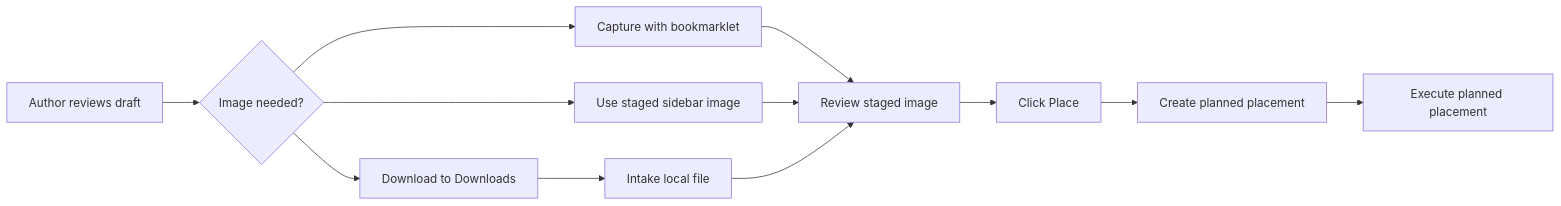
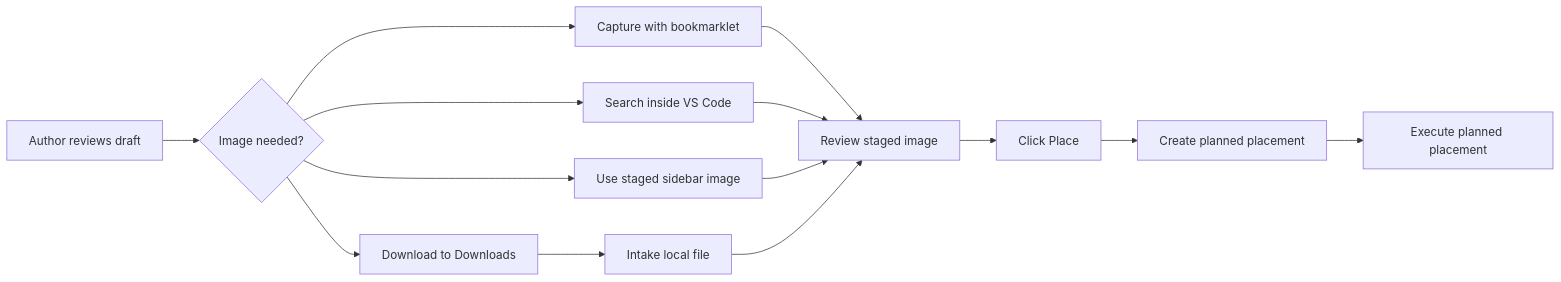
One commit to owencorpening/oat-tools changed the diagram in docs/image-pipeline-quickstart.md. Above: the diagram before and after it, drawn with Mermaid. The commit also changed other lines of this file and 4 other files, not shown here.

Commit message:
Plan in-editor image provider search

````diff
--- a/docs/image-pipeline-quickstart.md
+++ b/docs/image-pipeline-quickstart.md
@@ -31,14 +31,16 @@
 ```mermaid
 flowchart LR
   A[Author reviews draft] --> B{Image needed?}
   B --> C[Download to Downloads]
   B --> D[Capture with bookmarklet]
   B --> E[Use staged sidebar image]
-  C --> F[Intake local file]
-  D --> G[Review staged image]
-  E --> G
-  F --> G
-  G --> H[Click Place]
-  H --> I[Create planned placement]
-  I --> J[Execute planned placement]
+  B --> F[Search inside VS Code]
+  C --> G[Intake local file]
+  D --> H[Review staged image]
+  F --> H
+  E --> H
+  G --> H
+  H --> I[Click Place]
+  I --> J[Create planned placement]
+  J --> K[Execute planned placement]
 ```
````
